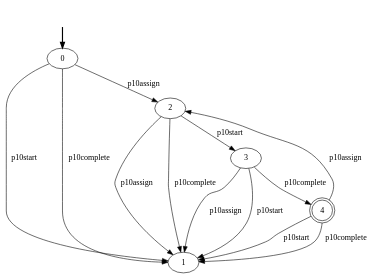
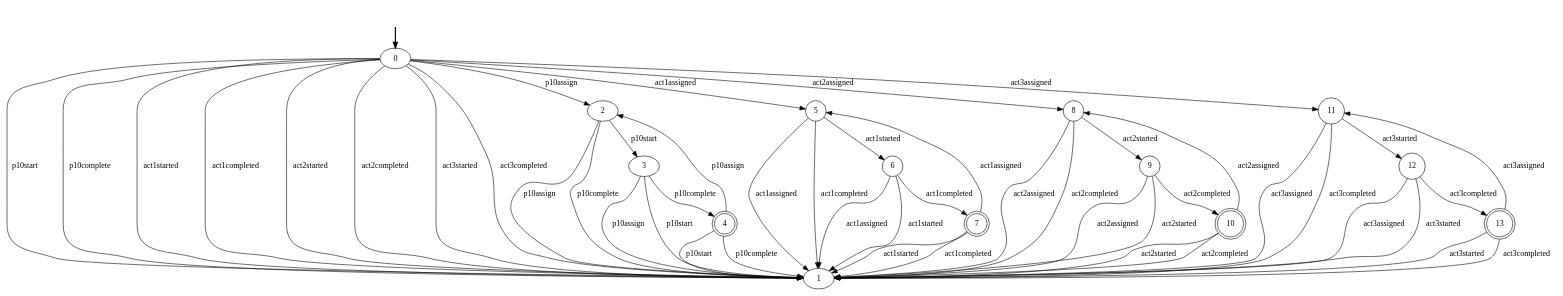
One commit to GianmarcoBordin/pddlTranslator changed the diagram in Plan-based_Data_Aware_Declarative_Conf_Checker/resources/declarative-models/Data-Aware/5-CONSTRAINTS/p10_lifecycle.dot. Above: the diagram before and after it, drawn with Graphviz. The commit also changed 53 other files, not shown here.

```diff
--- a/Plan-based_Data_Aware_Declarative_Conf_Checker/resources/declarative-models/Data-Aware/5-CONSTRAINTS/p10_lifecycle.dot
+++ b/Plan-based_Data_Aware_Declarative_Conf_Checker/resources/declarative-models/Data-Aware/5-CONSTRAINTS/p10_lifecycle.dot
@@ -1,21 +1,66 @@
 digraph {
 	fake0 [style=invisible]
 	0 [root=true]
 	1
 	2
 	3
 	4 [shape=doublecircle]
 	fake0 -> 0 [style=bold]
 	2 -> 1 [label=p10assign]
 	2 -> 3 [label=p10start]
 	2 -> 1 [label=p10complete]
 	3 -> 1 [label=p10assign]
 	3 -> 1 [label=p10start]
 	3 -> 4 [label=p10complete]
 	4 -> 2 [label=p10assign]
 	4 -> 1 [label=p10start]
 	4 -> 1 [label=p10complete]
 	0 -> 2 [label=p10assign]
 	0 -> 1 [label=p10start]
 	0 -> 1 [label=p10complete]
+	5 [shape=circle]
+	6 [shape=circle]
+	7 [shape=doublecircle]
+	5 -> 1 [label="act1assigned"]
+	5 -> 6 [label="act1started"]
+	5 -> 1 [label="act1completed"]
+	6 -> 1 [label="act1assigned"]
+	6 -> 1 [label="act1started"]
+	6 -> 7 [label="act1completed"]
+	7 -> 5 [label="act1assigned"]
+	7 -> 1 [label="act1started"]
+	7 -> 1 [label="act1completed"]
+	0 -> 5 [label="act1assigned"]
+	0 -> 1 [label="act1started"]
+	0 -> 1 [label="act1completed"]
+	8 [shape=circle]
+	9 [shape=circle]
+	10 [shape=doublecircle]
+	8 -> 1 [label="act2assigned"]
+	8 -> 9 [label="act2started"]
+	8 -> 1 [label="act2completed"]
+	9 -> 1 [label="act2assigned"]
+	9 -> 1 [label="act2started"]
+	9 -> 10 [label="act2completed"]
+	10 -> 8 [label="act2assigned"]
+	10 -> 1 [label="act2started"]
+	10 -> 1 [label="act2completed"]
+	0 -> 8 [label="act2assigned"]
+	0 -> 1 [label="act2started"]
+	0 -> 1 [label="act2completed"]
+	11 [shape=circle]
+	12 [shape=circle]
+	13 [shape=doublecircle]
+	11 -> 1 [label="act3assigned"]
+	11 -> 12 [label="act3started"]
+	11 -> 1 [label="act3completed"]
+	12 -> 1 [label="act3assigned"]
+	12 -> 1 [label="act3started"]
+	12 -> 13 [label="act3completed"]
+	13 -> 11 [label="act3assigned"]
+	13 -> 1 [label="act3started"]
+	13 -> 1 [label="act3completed"]
+	0 -> 11 [label="act3assigned"]
+	0 -> 1 [label="act3started"]
+	0 -> 1 [label="act3completed"]
 }
```
